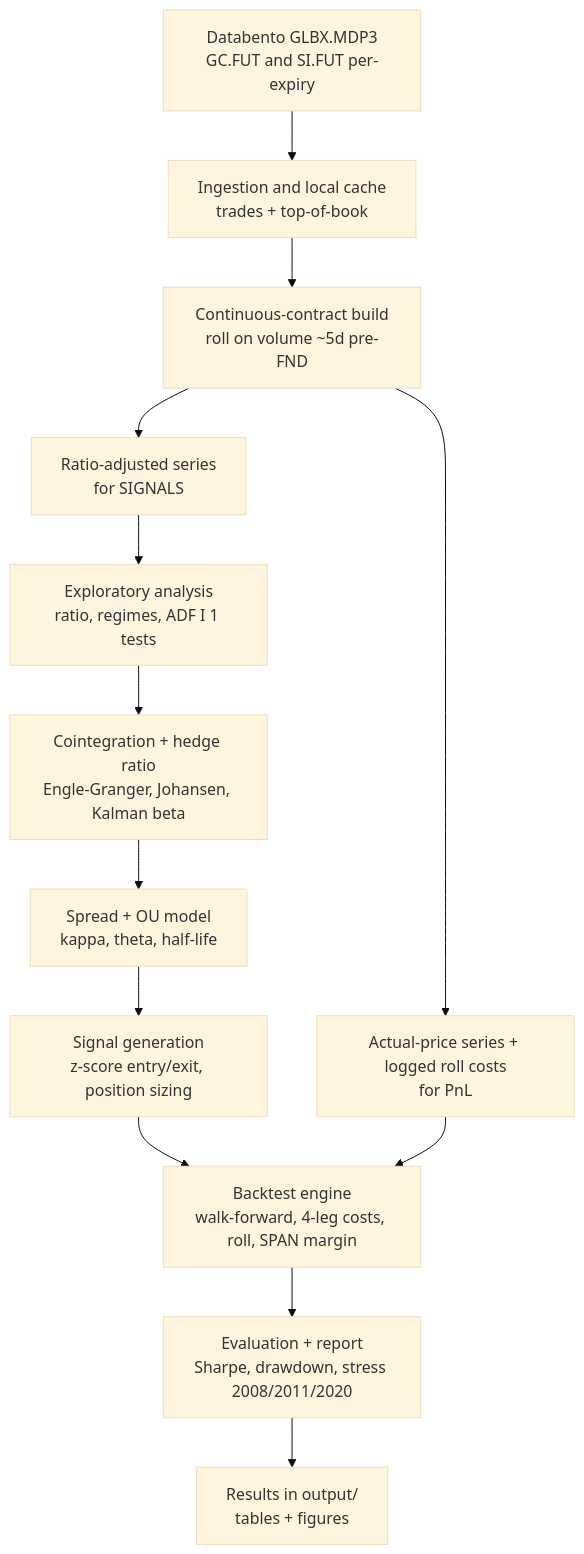
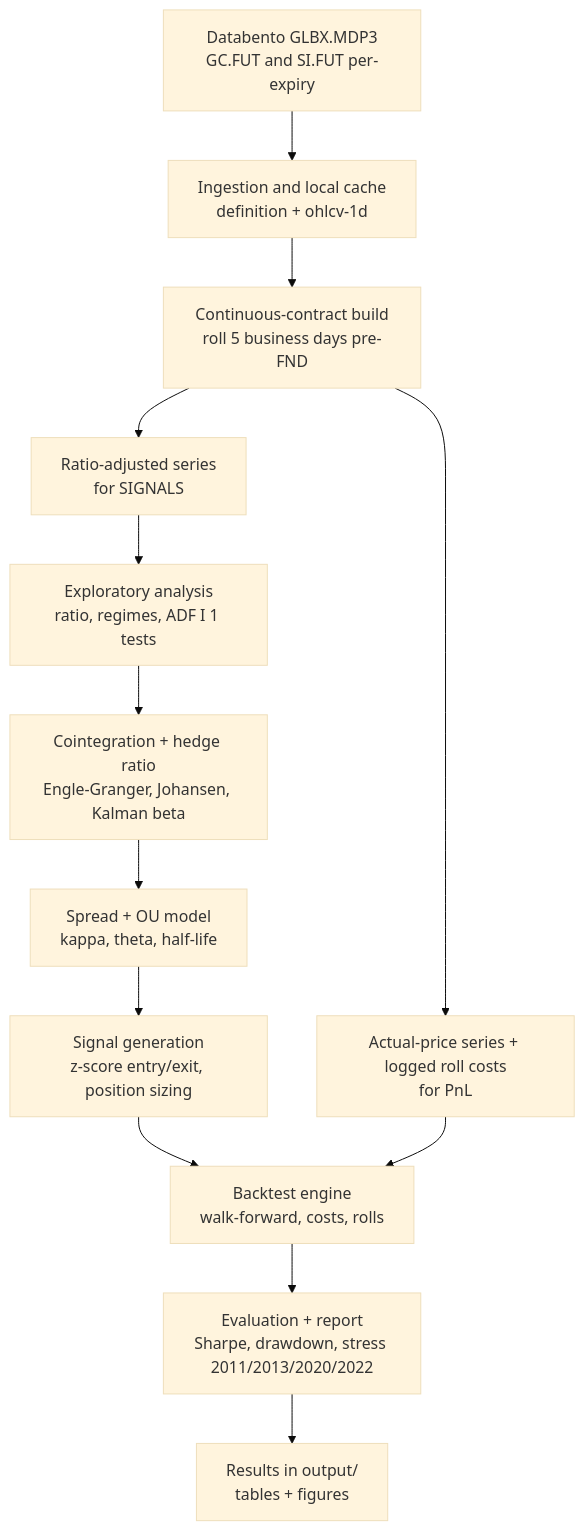
The first of 2 diagrams in docs/DESIGN.md (raymondw112/finm37000-project), drawn with Mermaid (base theme) before and after one commit. The commit also changed other lines of this file and 1 other file, not shown here.

````diff
--- a/docs/DESIGN.md
+++ b/docs/DESIGN.md
@@ -11,15 +19,15 @@
 ```mermaid
 flowchart TD
-    A[Databento GLBX.MDP3<br/>GC.FUT and SI.FUT per-expiry] --> B[Ingestion and local cache<br/>trades + top-of-book]
-    B --> C[Continuous-contract build<br/>roll on volume ~5d pre-FND]
+    A[Databento GLBX.MDP3<br/>GC.FUT and SI.FUT per-expiry] --> B[Ingestion and local cache<br/>definition + ohlcv-1d]
+    B --> C[Continuous-contract build<br/>roll 5 business days pre-FND]
     C --> D1[Ratio-adjusted series<br/>for SIGNALS]
     C --> D2[Actual-price series + logged roll costs<br/>for PnL]
     D1 --> E[Exploratory analysis<br/>ratio, regimes, ADF I 1 tests]
     E --> F[Cointegration + hedge ratio<br/>Engle-Granger, Johansen, Kalman beta]
     F --> G[Spread + OU model<br/>kappa, theta, half-life]
     G --> H[Signal generation<br/>z-score entry/exit, position sizing]
-    H --> I[Backtest engine<br/>walk-forward, 4-leg costs, roll, SPAN margin]
+    H --> I[Backtest engine<br/>walk-forward, costs, rolls]
     D2 --> I
-    I --> J[Evaluation + report<br/>Sharpe, drawdown, stress 2008/2011/2020]
+    I --> J[Evaluation + report<br/>Sharpe, drawdown, stress 2011/2013/2020/2022]
     J --> K[Results in output/<br/>tables + figures]
 ```
````
